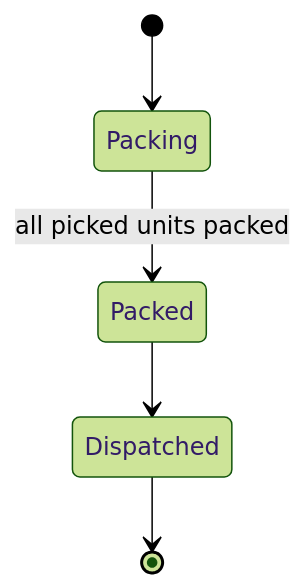
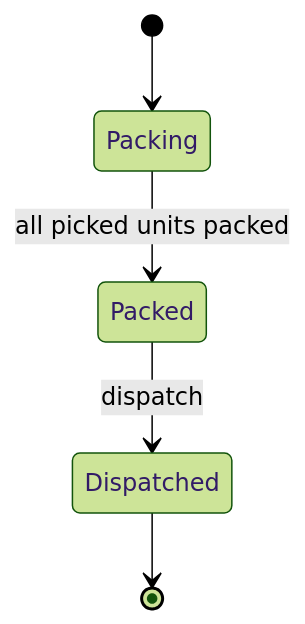
The fifth of 5 diagrams in docs/domain/aggregates.md (Fit0/estiba-wms), drawn with Mermaid (forest theme) before and after one commit. The commit also changed other lines of this file and 84 other files, not shown here.

````diff
--- a/docs/domain/aggregates.md
+++ b/docs/domain/aggregates.md
@@ -244,7 +244,7 @@
 ```mermaid
 stateDiagram-v2
     [*] --> Packing
     Packing --> Packed: all picked units packed
-    Packed --> Dispatched
+    Packed --> Dispatched: dispatch
     Dispatched --> [*]
 ```
````
